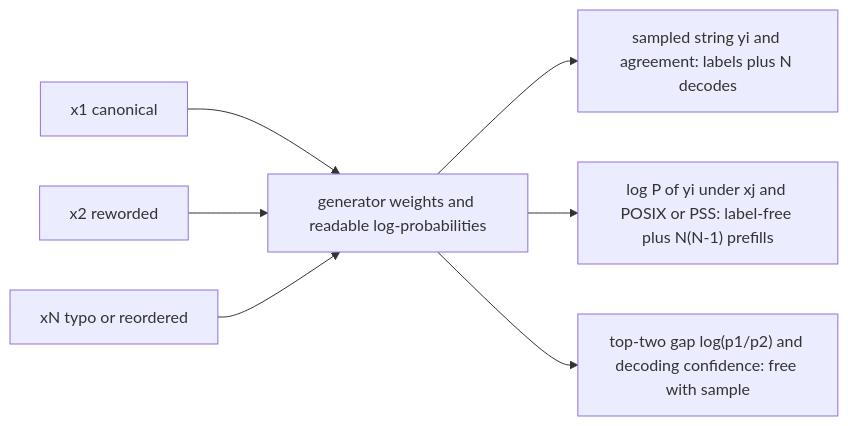
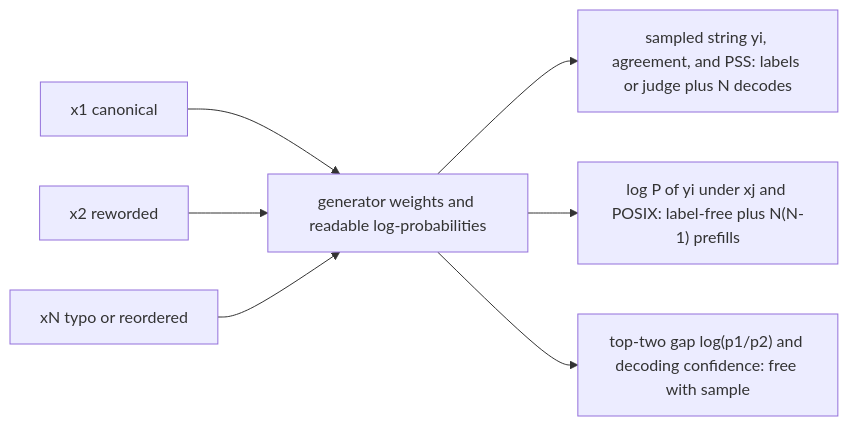
Before and after one commit to arunshar/RAG-Interview-Notion-Markdown: the second of 3 diagrams in book/part-03-prompting/10_prompt_sensitivity.md, drawn with Mermaid. The commit also changed other lines of this file and 30 other files, not shown here.

````diff
--- a/book/part-03-prompting/10_prompt_sensitivity.md
+++ b/book/part-03-prompting/10_prompt_sensitivity.md
@@ -557,9 +557,9 @@
 ```mermaid
 flowchart LR
     X1["x1 canonical"] --> G["generator weights and readable log-probabilities"]
     X2["x2 reworded"] --> G
     XN["xN typo or reordered"] --> G
-    G --> A["sampled string yi and agreement: labels plus N decodes"]
-    G --> P["log P of yi under xj and POSIX or PSS: label-free plus N(N-1) prefills"]
+    G --> A["sampled string yi, agreement, and PSS: labels or judge plus N decodes"]
+    G --> P["log P of yi under xj and POSIX: label-free plus N(N-1) prefills"]
     G --> D["top-two gap log(p1/p2) and decoding confidence: free with sample"]
 ```
````
